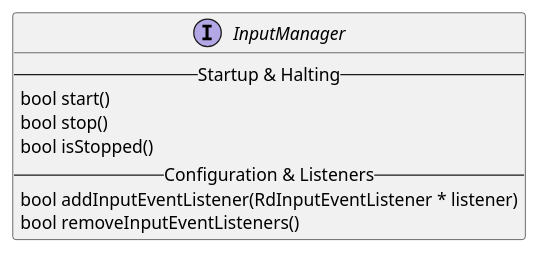
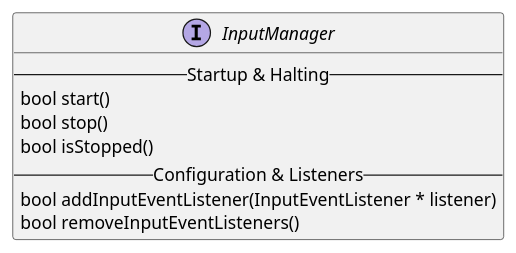
One commit to asrob-uc3m/robotDevastation-developer-manual changed the first of 2 diagrams in en/input-management/input-manager.md. Above: the diagram before and after it, drawn with PlantUML. The commit also changed other lines of this file and 9 other files, not shown here.

```diff
--- a/en/input-management/input-manager.md
+++ b/en/input-management/input-manager.md
@@ -4,11 +4,11 @@
 {% plantuml %}
 interface InputManager {
 --Startup & Halting--
 bool start()
 bool stop()
 bool isStopped()
 -- Configuration & Listeners --
-bool addInputEventListener(RdInputEventListener * listener)
+bool addInputEventListener(InputEventListener * listener)
 bool removeInputEventListeners()
 }
 {% endplantuml %}
```
